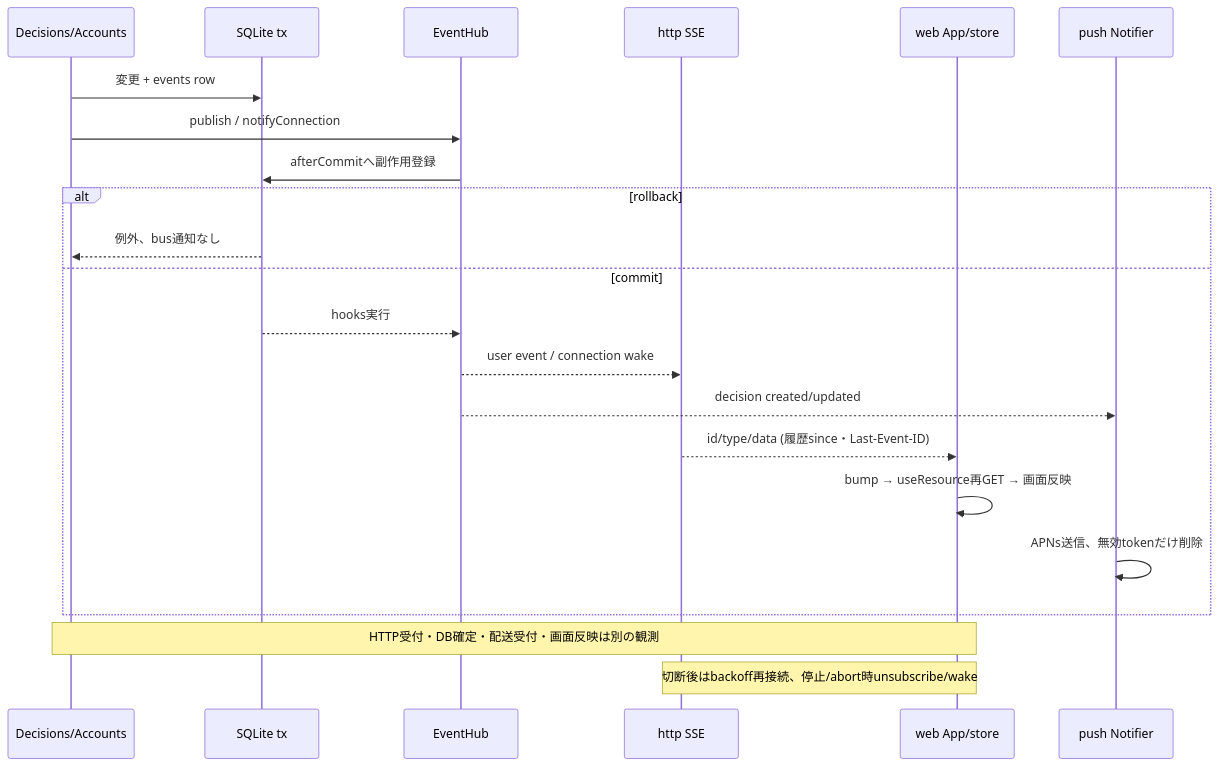
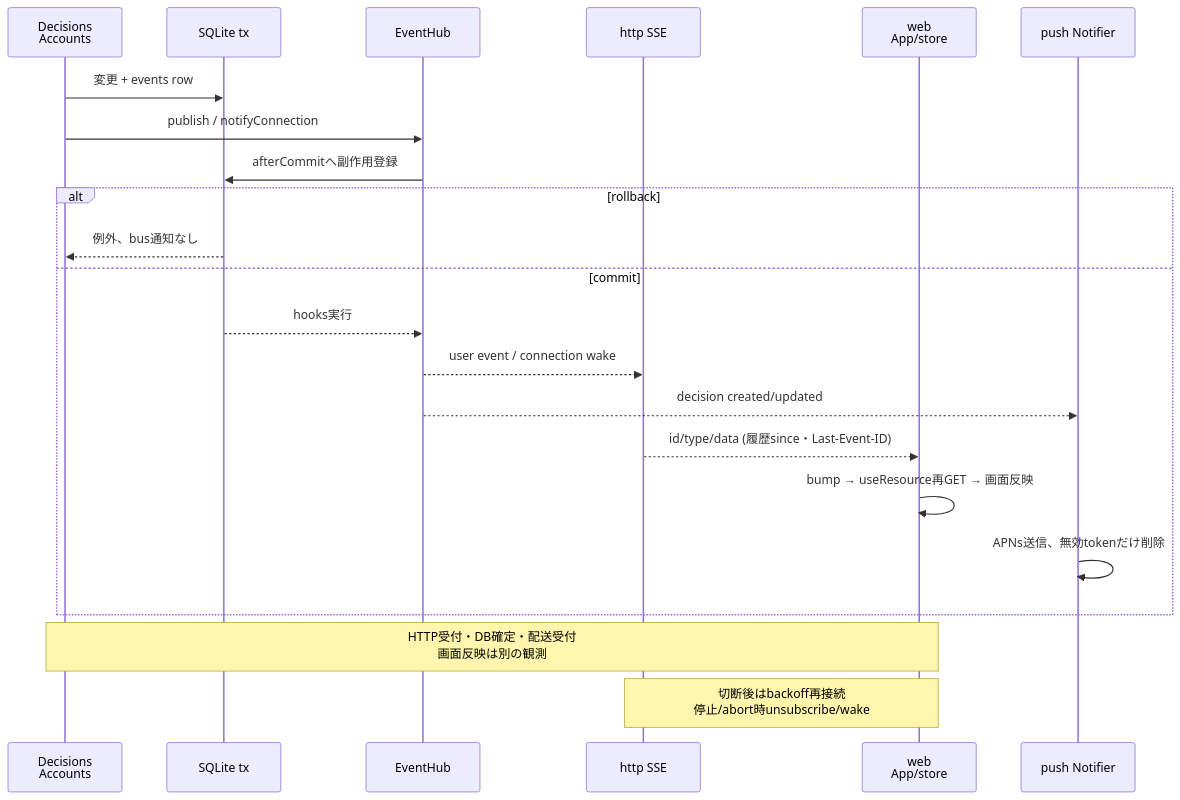
Before and after one commit to kitepon/approval-box: the diagram in docs/refactoring/current/events.mmd, drawn with Mermaid. The commit also changed 60 other files, not shown here.

Commit message:
docs: synchronize full feature map, source coverage and rendered diagrams

```diff
--- a/docs/refactoring/current/events.mmd
+++ b/docs/refactoring/current/events.mmd
@@ -1,22 +1,22 @@
 sequenceDiagram
- participant D as Decisions/Accounts
+ participant D as Decisions<br/>Accounts
  participant DB as SQLite tx
  participant E as EventHub
  participant S as http SSE
- participant W as web App/store
+ participant W as web<br/>App/store
  participant P as push Notifier
  D->>DB: 変更 + events row
  D->>E: publish / notifyConnection
  E->>DB: afterCommitへ副作用登録
  alt rollback
  DB-->>D: 例外、bus通知なし
  else commit
  DB-->>E: hooks実行
  E-->>S: user event / connection wake
  E-->>P: decision created/updated
  S-->>W: id/type/data (履歴since・Last-Event-ID)
  W->>W: bump → useResource再GET → 画面反映
  P->>P: APNs送信、無効tokenだけ削除
  end
- Note over D,W: HTTP受付・DB確定・配送受付・画面反映は別の観測
- Note over S,W: 切断後はbackoff再接続、停止/abort時unsubscribe/wake
+ Note over D,W: HTTP受付・DB確定・配送受付<br/>画面反映は別の観測
+ Note over S,W: 切断後はbackoff再接続<br/>停止/abort時unsubscribe/wake
```
